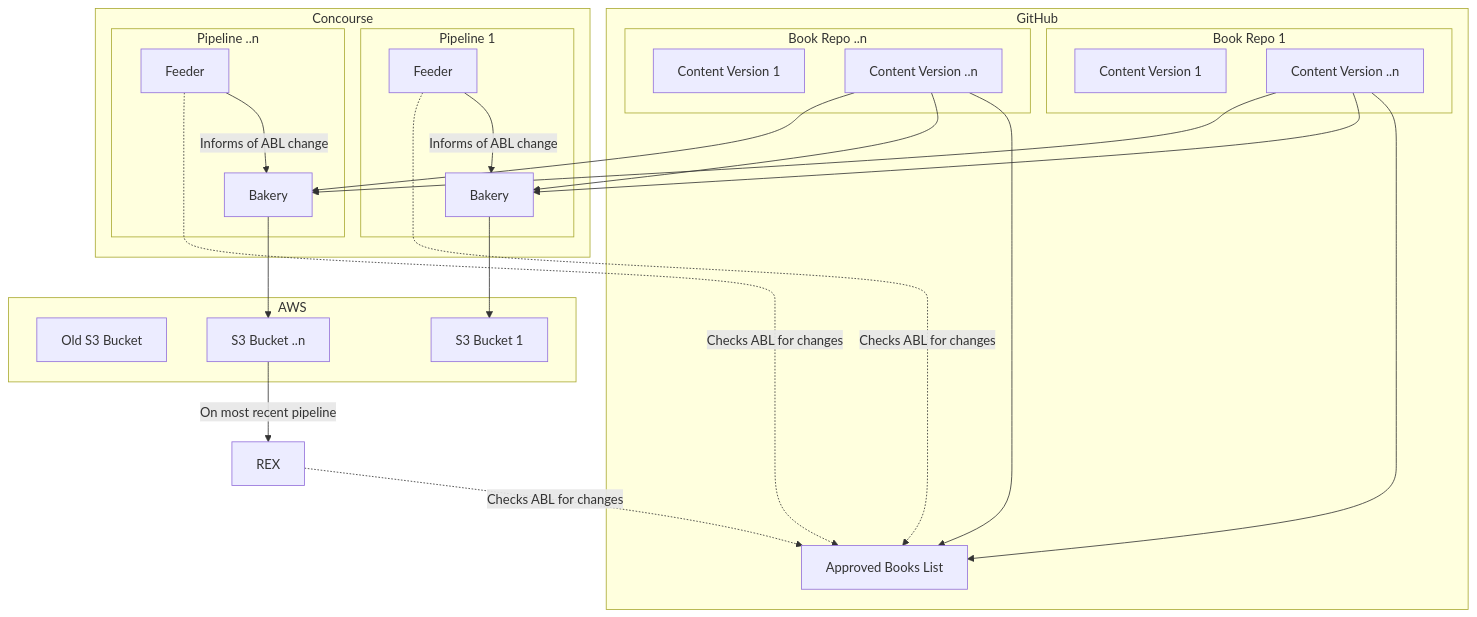
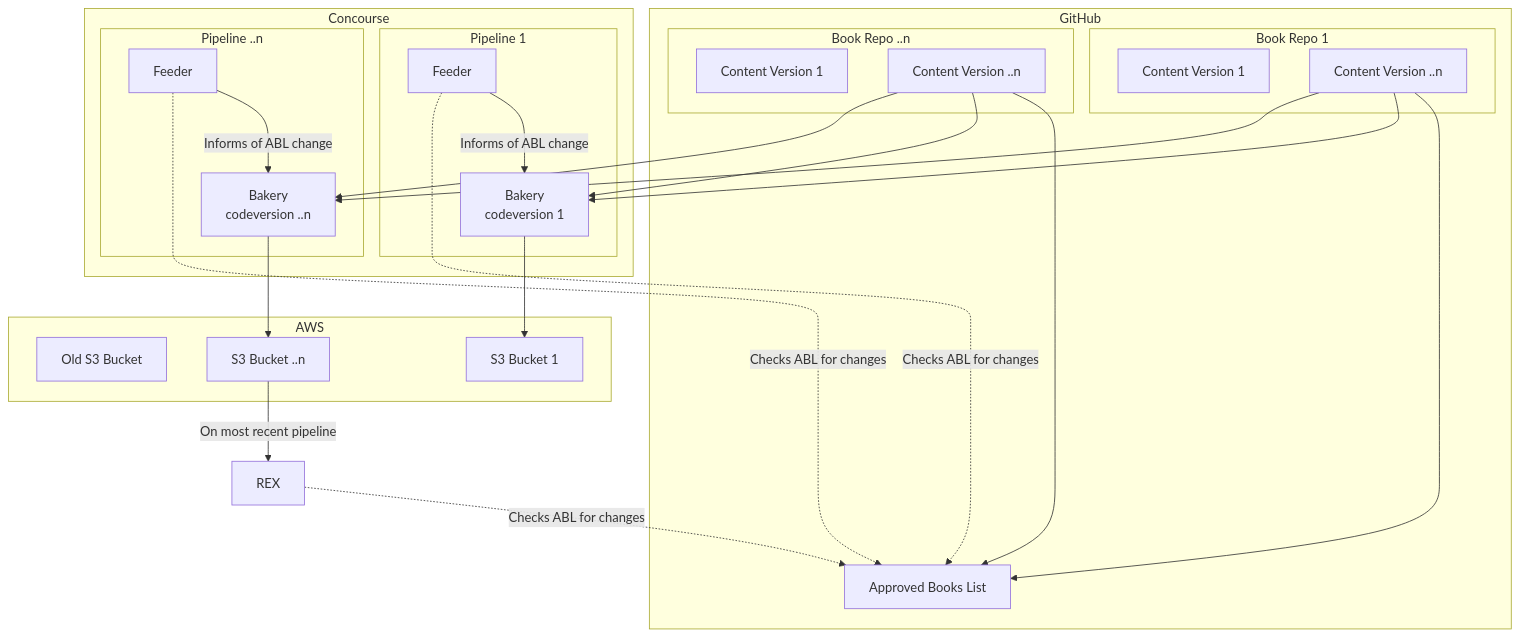
The diagram in webhosting.md (ne-newton/charts), drawn with Mermaid before and after one commit.

````diff
--- a/webhosting.md
+++ b/webhosting.md
@@ -1,39 +1,39 @@
 ```mermaid
   flowchart TD
     subgraph GitHub
       subgraph Book Repo 1
         A1[Content Version 1]
         A2[Content Version ..n]
       end
       subgraph Book Repo ..n
         A3[Content Version 1]
         A4[Content Version ..n]
       end
       A5[Approved Books List]
     end
     subgraph Concourse
       subgraph Pipeline 1
-        B1[Feeder] -->|Informs of ABL change| B2[Bakery]
+        B1[Feeder] -->|Informs of ABL change| B2[Bakery\n codeversion 1]
       end
       subgraph Pipeline ..n
-        B3[Feeder] -->|Informs of ABL change| B4[Bakery]
+        B3[Feeder] -->|Informs of ABL change| B4[Bakery\n codeversion ..n]
       end
     end
     subgraph AWS
       C1[Old S3 Bucket]
       C2[S3 Bucket 1]
       C3[S3 Bucket ..n]
     end
     A2 --> A5
     A4 --> A5
     A2 --> B2
     A2 --> B4
     A4 --> B2
     A4 --> B4
     B2 --> C2
     B4 --> C3
     B1 -.->|Checks ABL for changes| A5
     B3 -.->|Checks ABL for changes| A5
     C3 -->|On most recent pipeline| D1[REX]
     D1 -.->|Checks ABL for changes| A5
 ```
````
